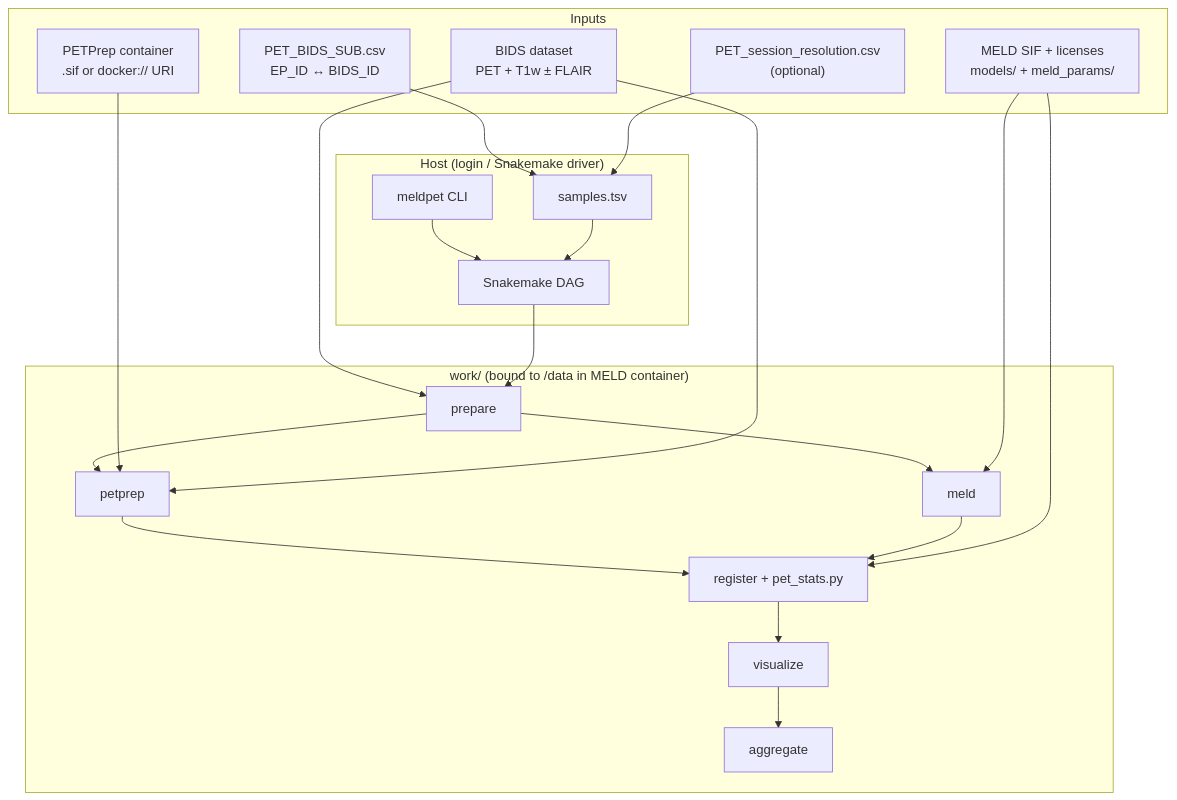
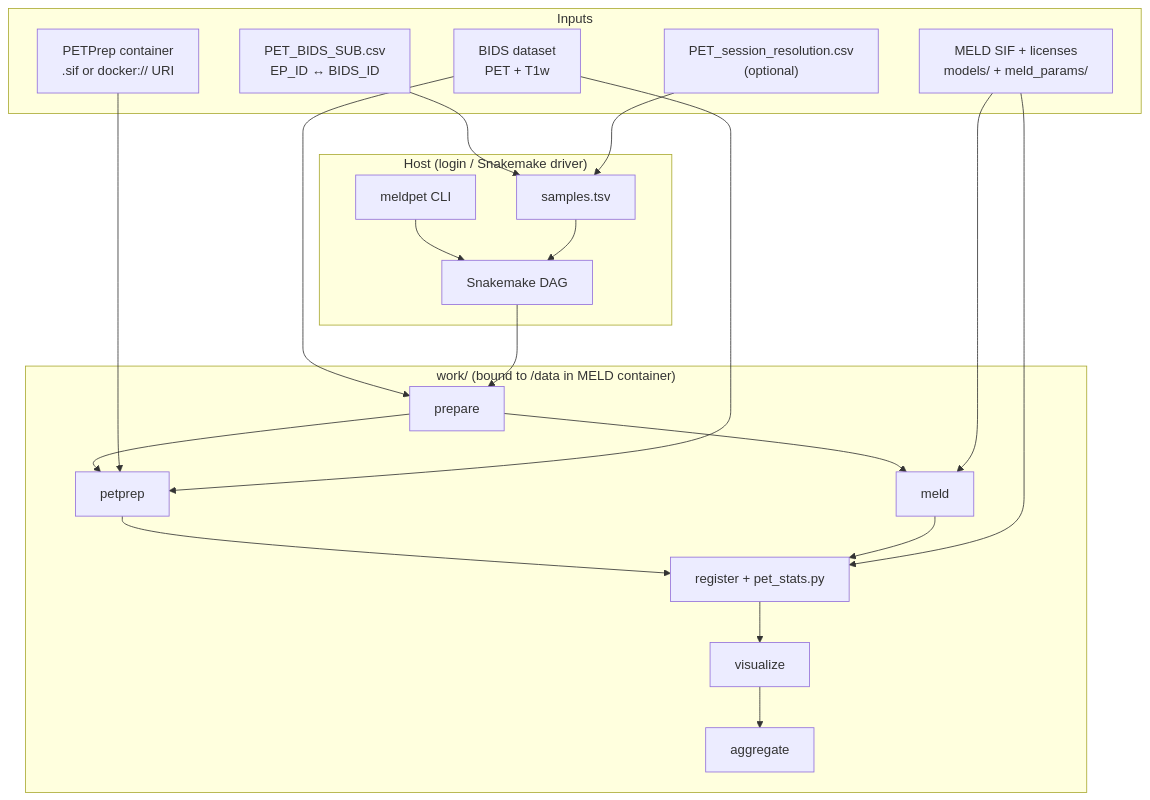
The first of 5 diagrams in Meld_PET.md (phindagijimana/Meld_PET), drawn with Mermaid before and after one commit. The commit also changed other lines of this file and 6 other files, not shown here.

````diff
--- a/Meld_PET.md
+++ b/Meld_PET.md
@@ -28,42 +28,42 @@
 ```mermaid
 flowchart TB
     subgraph inputs["Inputs"]
-        BIDS["BIDS dataset<br/>PET + T1w ± FLAIR"]
+        BIDS["BIDS dataset<br/>PET + T1w"]
         MAP["PET_BIDS_SUB.csv<br/>EP_ID ↔ BIDS_ID"]
         RES["PET_session_resolution.csv<br/>(optional)"]
         MELD_ASSETS["MELD SIF + licenses<br/>models/ + meld_params/"]
         PETPREP_IMG["PETPrep container<br/>.sif or docker:// URI"]
     end
 
     subgraph host["Host (login / Snakemake driver)"]
         CLI["meldpet CLI"]
         SMK["Snakemake DAG"]
         SAMPLES["samples.tsv"]
     end
 
     subgraph work["work/ (bound to /data in MELD container)"]
         PREP["prepare"]
         PP["petprep"]
         ML["meld"]
         REG["register + pet_stats.py"]
         VIZ["visualize"]
         AGG["aggregate"]
     end
 
     BIDS --> PREP
     MAP --> SAMPLES
     RES --> SAMPLES
     CLI --> SMK
     SAMPLES --> SMK
     SMK --> PREP
     PREP --> PP
     PREP --> ML
     PP --> REG
     ML --> REG
     REG --> VIZ
     VIZ --> AGG
     MELD_ASSETS --> ML
     MELD_ASSETS --> REG
     PETPREP_IMG --> PP
     BIDS --> PP
 ```
````
